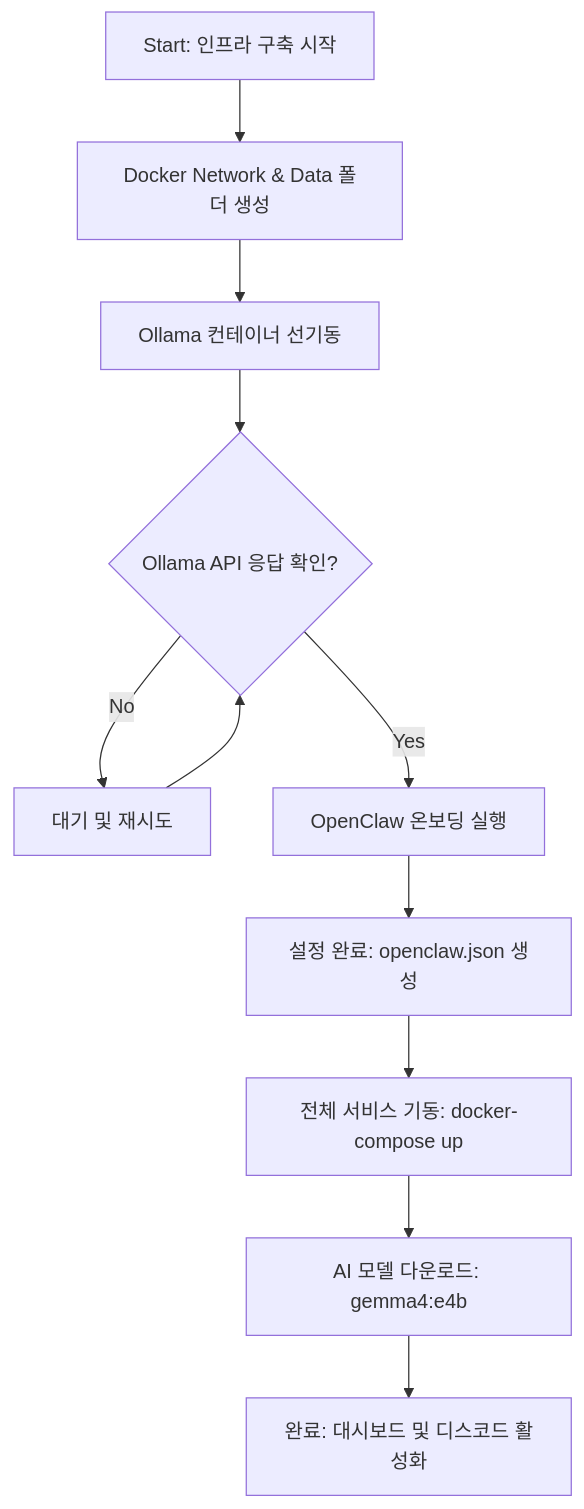
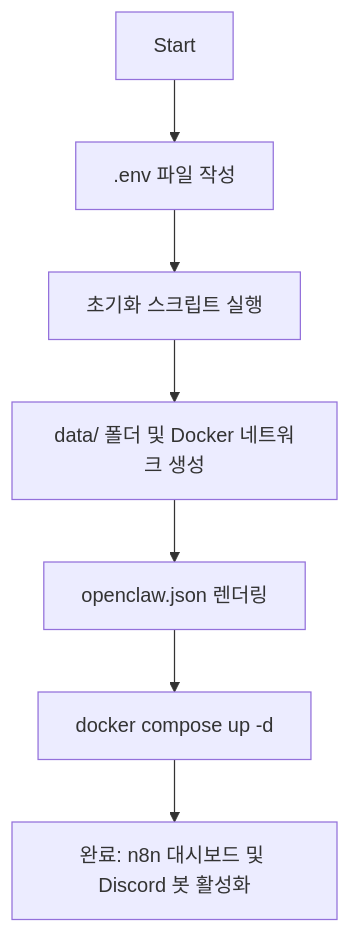
Before and after one commit to gloriaJun/my-ai-agent: the diagram in docs/setup/setup.md, drawn with Mermaid. The commit also changed other lines of this file and 3 other files, not shown here.

````diff
--- a/docs/setup/setup.md
+++ b/docs/setup/setup.md
@@ -64,13 +79,9 @@
 ```mermaid
 graph TD
-    A[Start: 인프라 구축 시작] --> B[Docker Network & Data 폴더 생성]
-    B --> C[Ollama 컨테이너 선기동]
-    C --> D{Ollama API 응답 확인?}
-    D -- No --> E[대기 및 재시도]
-    E --> D
-    D -- Yes --> F[OpenClaw 온보딩 실행]
-    F --> G[설정 완료: openclaw.json 생성]
-    G --> H[전체 서비스 기동: docker-compose up]
-    H --> I[AI 모델 다운로드: gemma4:e4b]
-    I --> J[완료: 대시보드 및 디스코드 활성화]
+    A[Start] --> B[.env 파일 작성]
+    B --> C[초기화 스크립트 실행]
+    C --> D[data/ 폴더 및 Docker 네트워크 생성]
+    D --> E[openclaw.json 렌더링]
+    E --> F[docker compose up -d]
+    F --> G[완료: n8n 대시보드 및 Discord 봇 활성화]
 ```
````
